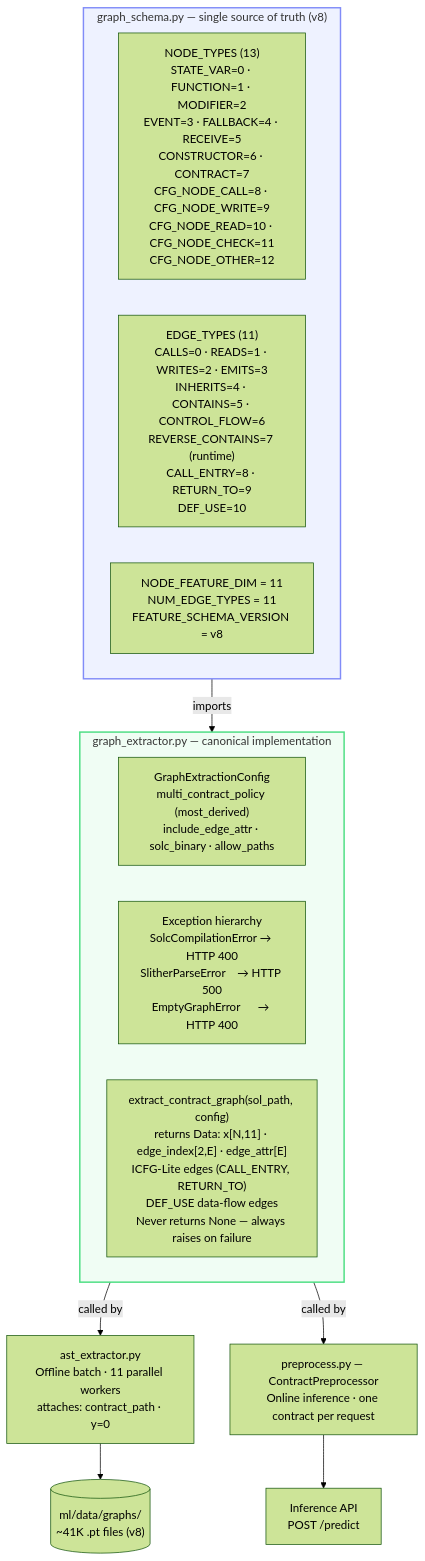
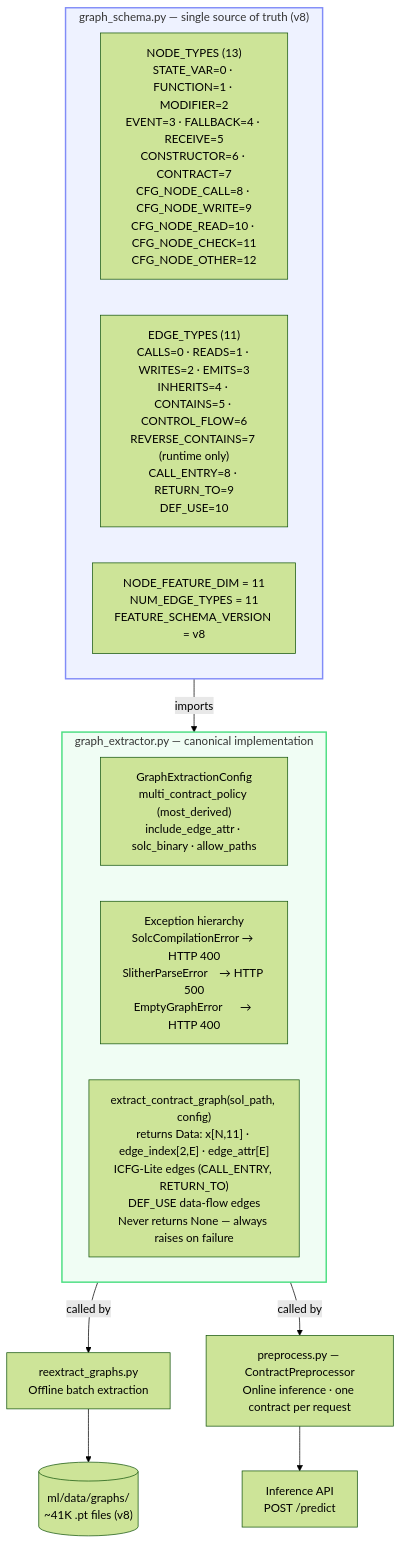
Before and after one commit to motafegh/sentinel-: the second of 7 diagrams in ml/DIAGRAMS.md, drawn with Mermaid (forest theme). The commit also changed other lines of this file and 17 other files, not shown here.

````diff
--- a/ml/DIAGRAMS.md
+++ b/ml/DIAGRAMS.md
@@ -77,28 +80,28 @@
 ```mermaid
 flowchart TD
     subgraph SCHEMA["graph_schema.py — single source of truth (v8)"]
         direction LR
         NT["NODE_TYPES (13)\nSTATE_VAR=0 · FUNCTION=1 · MODIFIER=2\nEVENT=3 · FALLBACK=4 · RECEIVE=5\nCONSTRUCTOR=6 · CONTRACT=7\nCFG_NODE_CALL=8 · CFG_NODE_WRITE=9\nCFG_NODE_READ=10 · CFG_NODE_CHECK=11\nCFG_NODE_OTHER=12"]
-        ET["EDGE_TYPES (11)\nCALLS=0 · READS=1 · WRITES=2 · EMITS=3\nINHERITS=4 · CONTAINS=5 · CONTROL_FLOW=6\nREVERSE_CONTAINS=7 (runtime)\nCALL_ENTRY=8 · RETURN_TO=9\nDEF_USE=10"]
+        ET["EDGE_TYPES (11)\nCALLS=0 · READS=1 · WRITES=2 · EMITS=3\nINHERITS=4 · CONTAINS=5 · CONTROL_FLOW=6\nREVERSE_CONTAINS=7 (runtime only)\nCALL_ENTRY=8 · RETURN_TO=9\nDEF_USE=10"]
         CONST["NODE_FEATURE_DIM = 11\nNUM_EDGE_TYPES = 11\nFEATURE_SCHEMA_VERSION = v8"]
     end
 
     subgraph EXTRACTOR["graph_extractor.py — canonical implementation"]
         CFG["GraphExtractionConfig\nmulti_contract_policy (most_derived)\ninclude_edge_attr · solc_binary · allow_paths"]
         EXC["Exception hierarchy\nSolcCompilationError → HTTP 400\nSlitherParseError    → HTTP 500\nEmptyGraphError      → HTTP 400"]
         FN["extract_contract_graph(sol_path, config)\nreturns Data: x[N,11] · edge_index[2,E] · edge_attr[E]\nICFG-Lite edges (CALL_ENTRY, RETURN_TO)\nDEF_USE data-flow edges\nNever returns None — always raises on failure"]
     end
 
-    AE["ast_extractor.py\nOffline batch · 11 parallel workers\nattaches: contract_path · y=0"]
+    AE["reextract_graphs.py\nOffline batch extraction"]
     PP["preprocess.py — ContractPreprocessor\nOnline inference · one contract per request"]
 
     SCHEMA -->|"imports"| EXTRACTOR
     EXTRACTOR -->|"called by"| AE
     EXTRACTOR -->|"called by"| PP
 
     AE --> G[("ml/data/graphs/\n~41K .pt files (v8)")]
     PP --> API["Inference API\nPOST /predict"]
 
     style SCHEMA fill:#eef2ff,stroke:#818cf8,stroke-width:2px
     style EXTRACTOR fill:#f0fdf4,stroke:#4ade80,stroke-width:2px
 ```
````
